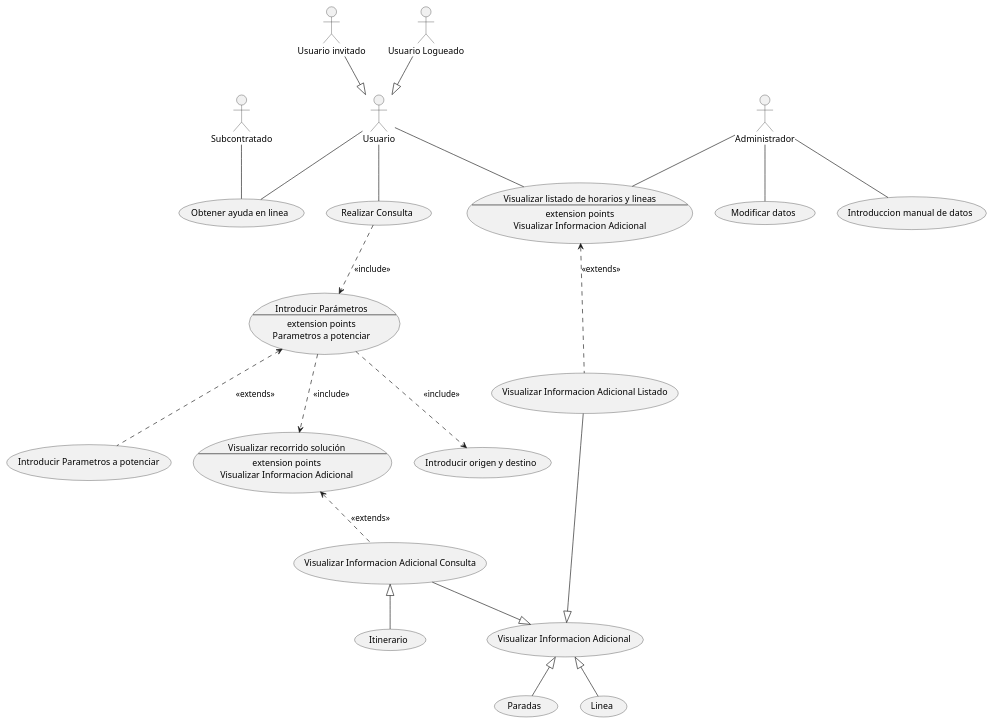
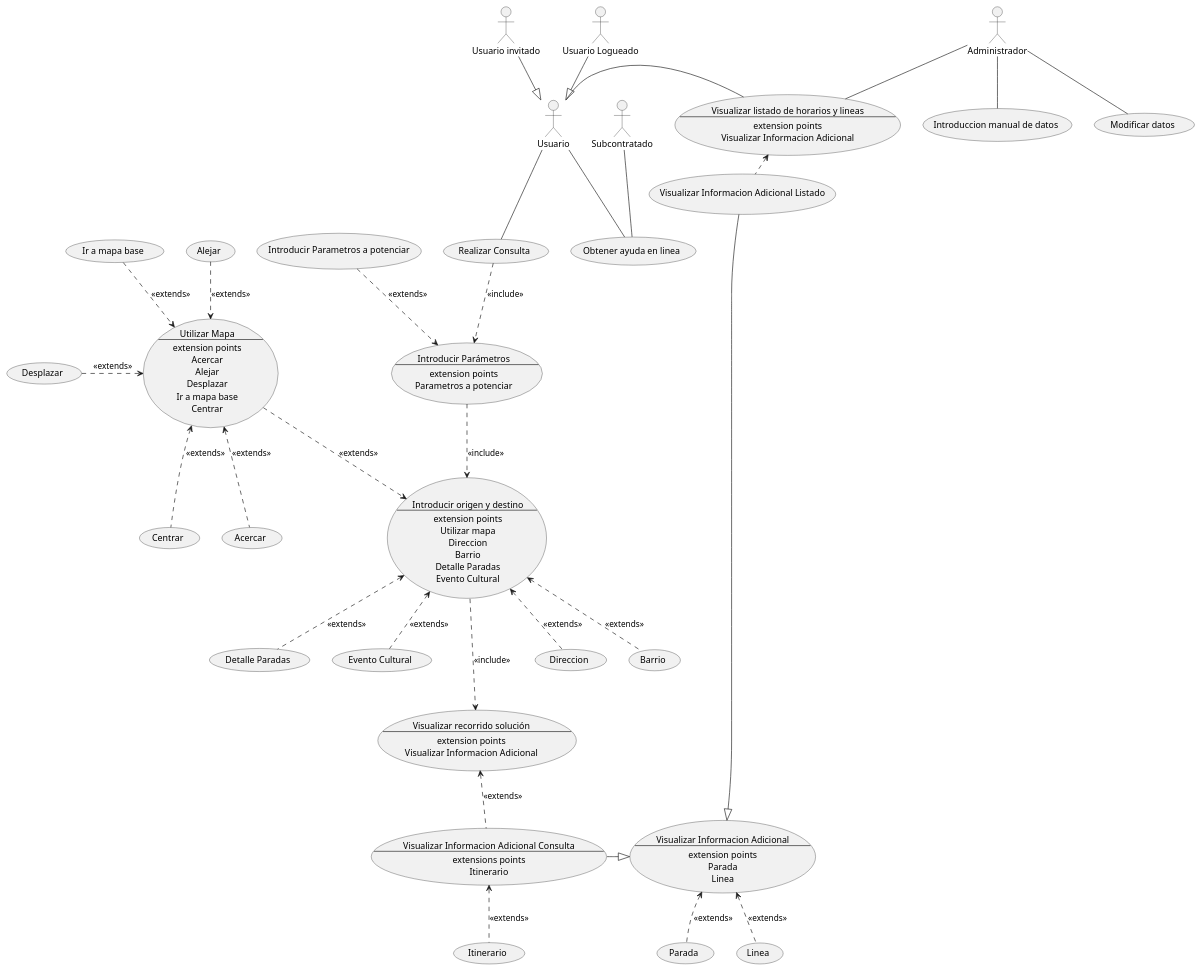
One commit to cgg734/INRE-UAL-MORADO-2022-2023 changed the diagram in Proyecto/source/SIIT.puml. Above: the diagram before and after it, drawn with PlantUML.

Commit message:
Actualizacion SIIT

```diff
--- a/Proyecto/source/SIIT.puml
+++ b/Proyecto/source/SIIT.puml
@@ -1,72 +1,123 @@
 @startuml SIIT
 actor UI as "Usuario invitado"
 actor UL as "Usuario Logueado"
 actor Usuario
 actor Subcontratado
 actor Administrador
 
 
 usecase (Modificar) as "Modificar datos"
 usecase (Introducir) as "Introduccion manual de datos"
 
 
 
 
 UI--|>Usuario
 UL--|>Usuario
 
 usecase (Ayuda) as  "Obtener ayuda en linea"
 usecase (Consulta) as "Realizar Consulta"
 usecase Horarios as "Visualizar listado de horarios y lineas
 --
 extension points
 Visualizar Informacion Adicional"
 usecase (Potenciar) as "Introducir Parametros a potenciar"
-usecase (Origen) as "Introducir origen y destino"
+usecase Origen as "Introducir origen y destino
+--
+extension points
+Utilizar mapa
+Direccion
+Barrio
+Detalle Paradas
+Evento Cultural"
+
+
+usecase (Direccion) as "Direccion"
+usecase (Barrio) as "Barrio"
+usecase (Detalle) as "Detalle Paradas"
+usecase (Evento) as "Evento Cultural"
+usecase Mapa as "Utilizar Mapa
+--
+extension points
+Acercar
+Alejar
+Desplazar
+Ir a mapa base
+Centrar
+"
+
+usecase (Acercar) as "Acercar"
+usecase (Alejar) as "Alejar"
+usecase (Desplazar) as "Desplazar"
+usecase (MapaB) as "Ir a mapa base"
+usecase (Centrar) as "Centrar"
+
+
+(Origen)<.up.(Mapa) : <<extends>>
+(Origen)<..(Direccion) : <<extends>>
+(Origen)<..(Barrio) : <<extends>>
+(Origen)<..(Detalle) : <<extends>>
+(Origen)<..(Evento) : <<extends>>
+
+
+(Mapa)<..(Acercar) : <<extends>>
+(Mapa)<.up.(Alejar) : <<extends>>
+(Mapa)<.left.(Desplazar) : <<extends>>
+(Mapa)<.up.(MapaB) : <<extends>>
+(Mapa)<..(Centrar) : <<extends>>
+
 
 
 Administrador--Modificar
 Administrador--Introducir
 Administrador--Horarios
 
 
 usecase Parametros as "Introducir Parámetros
 --
 extension points
 Parametros a potenciar
 "
 
-Usuario--Horarios
+Usuario-right-Horarios
 Usuario--Consulta
 Usuario--Ayuda
 Subcontratado--Ayuda
 
 (Consulta)..>(Parametros) : <<include>> 
 (Parametros)..>(Origen) : <<include>> 
-(Parametros)<..(Potenciar) : <<extends>>
+(Parametros)<.up.(Potenciar) : <<extends>>
 
 
 
 usecase Solucion as "Visualizar recorrido solución
 --
 extension points
 Visualizar Informacion Adicional"
 
 usecase (MostrarInfoList) as "Visualizar Informacion Adicional Listado"
-usecase (MostrarInfoConsulta) as "Visualizar Informacion Adicional Consulta"
-usecase (MostrarInfo) as "Visualizar Informacion Adicional"
+usecase MostrarInfoConsulta as "Visualizar Informacion Adicional Consulta
+--
+extensions points
+Itinerario"
+
+usecase MostrarInfo as "Visualizar Informacion Adicional
+--
+extension points
+Parada
+Linea"
 
 
-(Parametros)..>(Solucion) : <<include>> 
-(Solucion)<..(MostrarInfoConsulta) : <<extends>>
-(Horarios)<..(MostrarInfoList) : <<extends>>
+(Origen)...>(Solucion) : <<include>> 
+(Solucion)<..MostrarInfoConsulta : <<extends>>
+(Horarios)<.right.(MostrarInfoList) : <<extends>>
 
-(MostrarInfoList)--|>(MostrarInfo)
-(MostrarInfoConsulta)--|>(MostrarInfo)
+(MostrarInfoList)--|>MostrarInfo
+(MostrarInfoConsulta)-right-|>MostrarInfo
 
-(MostrarInfo)<|--(Paradas)
-(MostrarInfo)<|--(Linea)
-(MostrarInfoConsulta)<|--(Itinerario)
+(MostrarInfo)<..(Parada) : <<extends>>
+(MostrarInfo)<..(Linea) : <<extends>>
+(MostrarInfoConsulta)<..(Itinerario) : <<extends>>
 
 
 @enduml
```
